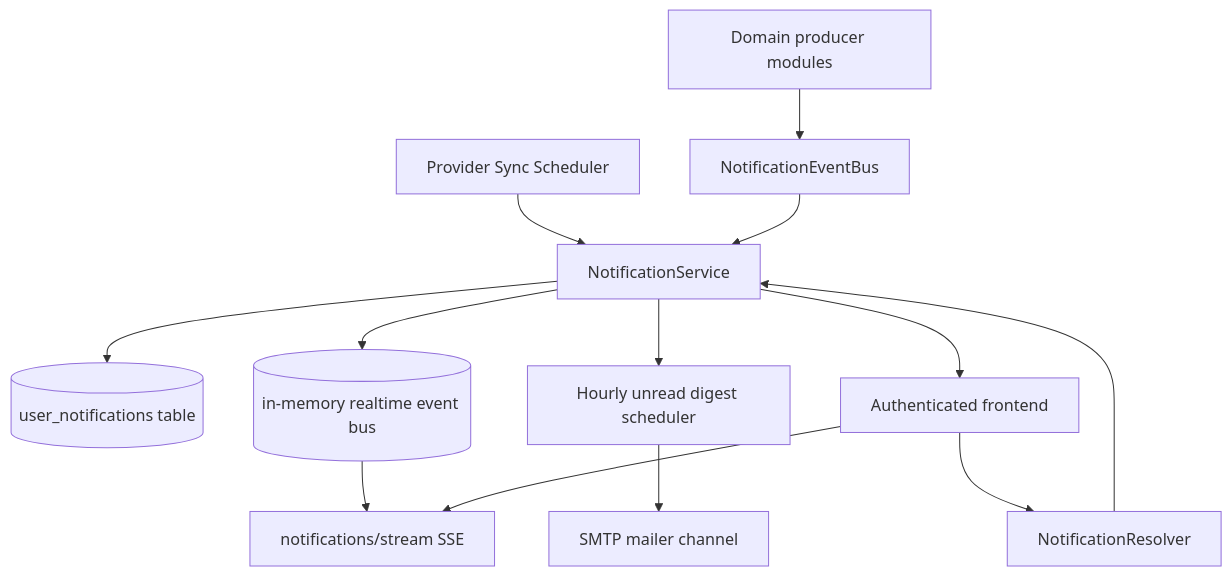
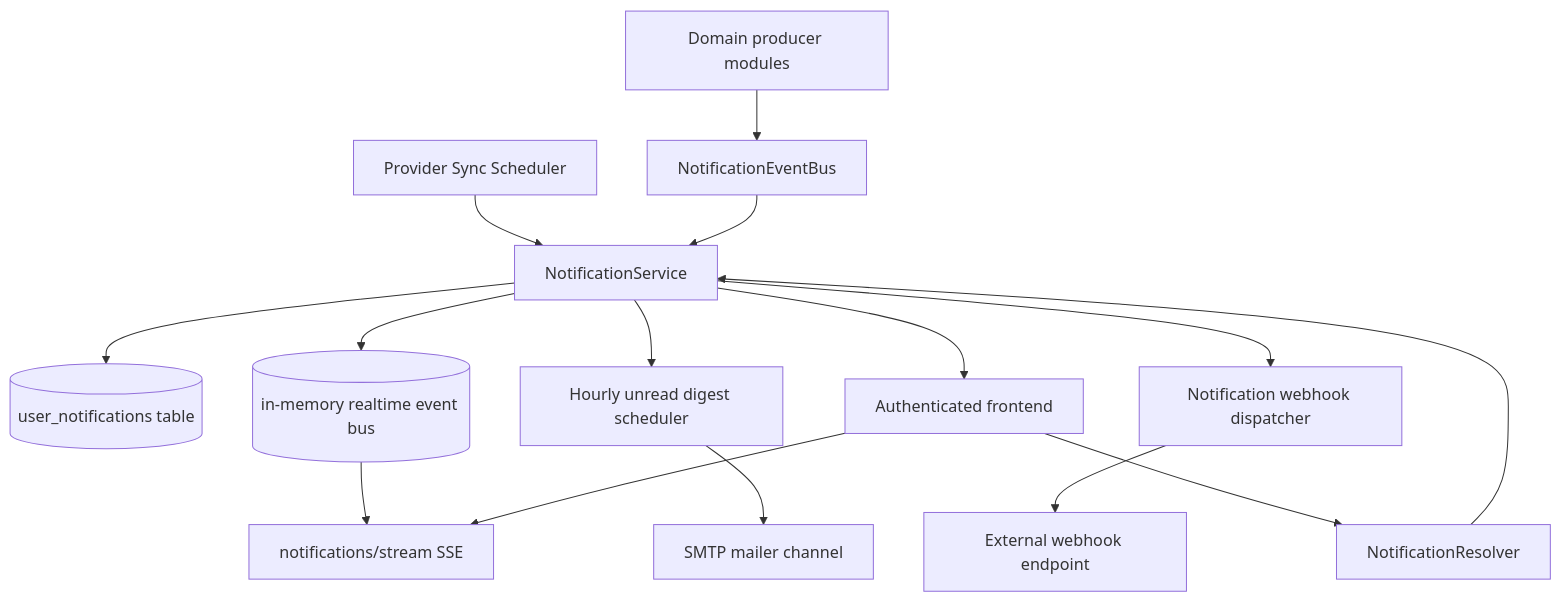
Before and after one commit to AmanVatsSharma/MailZen-Smart-Email-Management: the diagram in apps/backend/src/notification/README.md, drawn with Mermaid. The commit also changed other lines of this file and 7 other files, not shown here.

Commit message:
Add outbound notification webhook delivery channel

````diff
--- a/apps/backend/src/notification/README.md
+++ b/apps/backend/src/notification/README.md
@@ -111,15 +127,17 @@
 ```mermaid
 flowchart TD
   Scheduler[Provider Sync Scheduler] --> NotificationService
   Producer[Domain producer modules] --> NotificationEventBus
   NotificationEventBus --> NotificationService
   NotificationService --> Repo[(user_notifications table)]
   NotificationService --> RealtimeBus[(in-memory realtime event bus)]
   NotificationService --> DigestScheduler[Hourly unread digest scheduler]
+  NotificationService --> WebhookService[Notification webhook dispatcher]
   DigestScheduler --> Mailer[SMTP mailer channel]
+  WebhookService --> WebhookTarget[External webhook endpoint]
   RealtimeBus --> NotificationStream[notifications/stream SSE]
   UserUI[Authenticated frontend] --> NotificationResolver
   UserUI --> NotificationStream
   NotificationResolver --> NotificationService
   NotificationService --> UserUI
 ```
````
